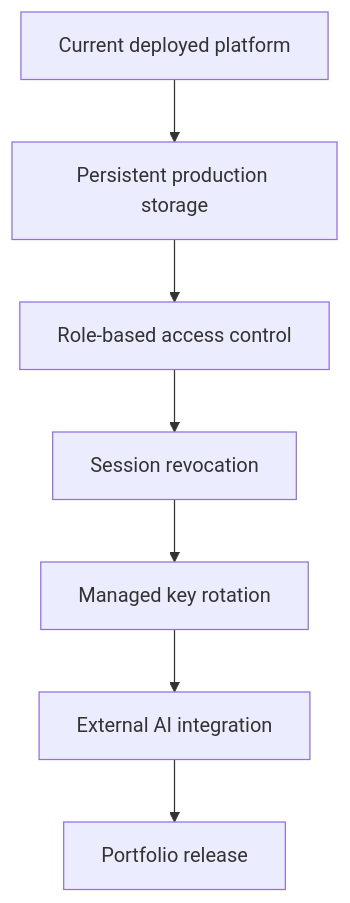
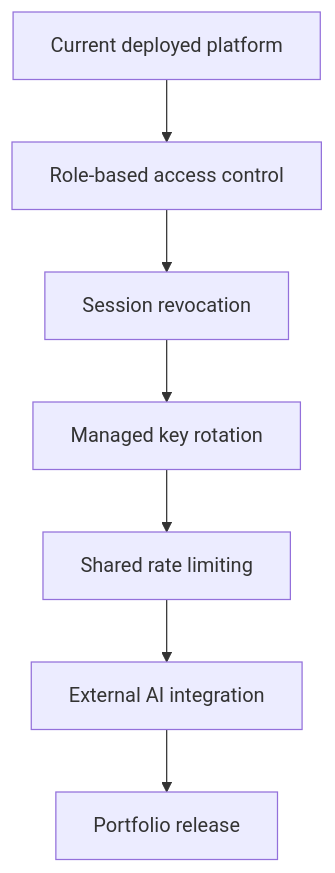
The tenth of 10 diagrams in ARCHITECTURE.md (sreemanbondada-sudo/PromptShield), drawn with Mermaid before and after one commit. The commit also changed other lines of this file and 1 other file, not shown here.

Commit message:
docs: document persistent PostgreSQL architecture

````diff
--- a/ARCHITECTURE.md
+++ b/ARCHITECTURE.md
@@ -551,9 +756,9 @@
 ```mermaid
 flowchart TD
-    A[Current deployed platform] --> B[Persistent production storage]
-    B --> C[Role-based access control]
-    C --> D[Session revocation]
-    D --> E[Managed key rotation]
+    A[Current deployed platform] --> B[Role-based access control]
+    B --> C[Session revocation]
+    C --> D[Managed key rotation]
+    D --> E[Shared rate limiting]
     E --> F[External AI integration]
     F --> G[Portfolio release]
 ```
````
